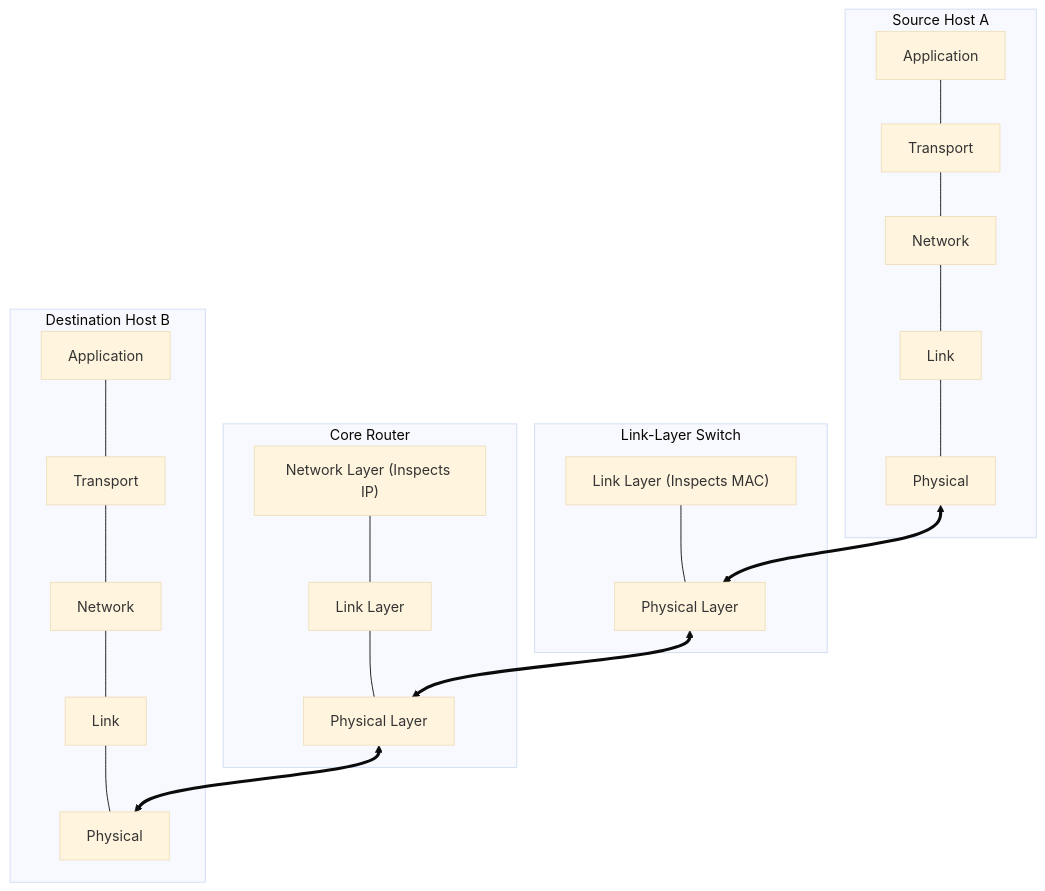
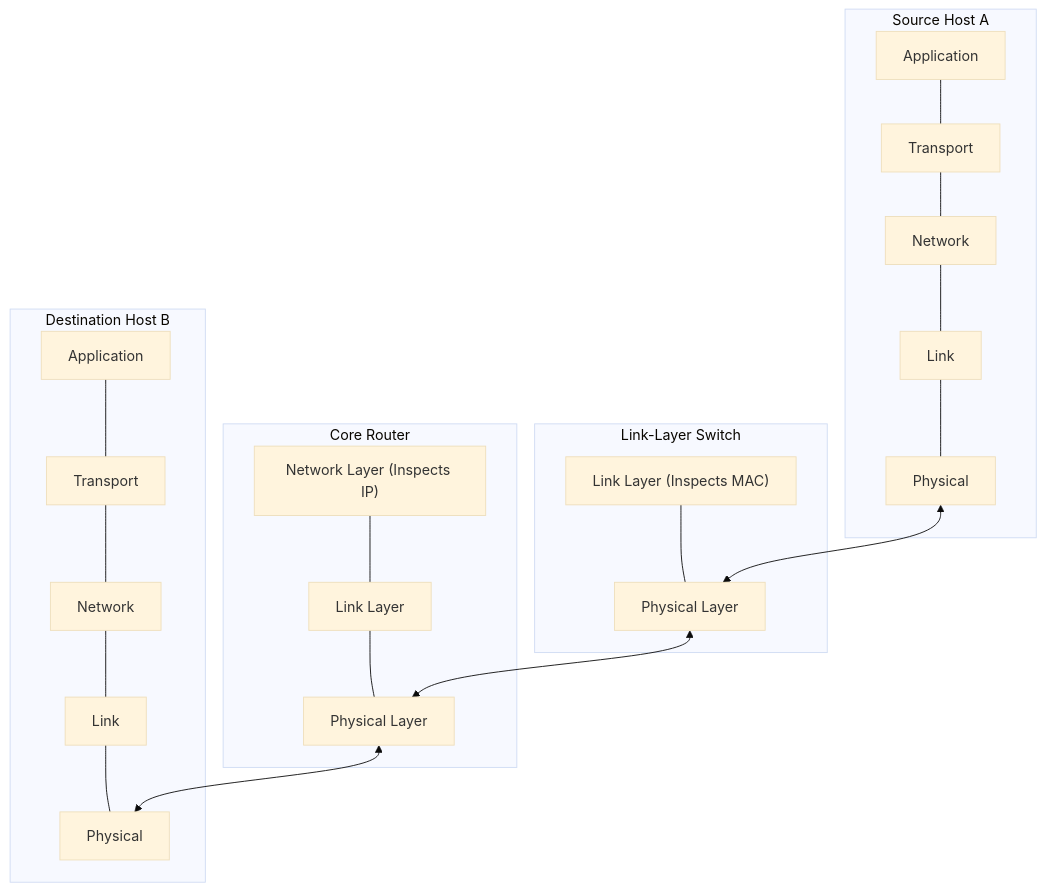
Before and after one commit to YatishGowda09/Sem-3-CSE-Notes: the fifth of 8 diagrams in CN/Unit 1/L06 - Protocol Layering and the Internet Stack.md, drawn with Mermaid (base theme). The commit also changed other lines of this file and 70 other files, not shown here.

First line of the commit message:
Fix Mermaid diagram syntax for GitHub rendering compatibility

````diff
--- a/CN/Unit 1/L06 - Protocol Layering and the Internet Stack.md
+++ b/CN/Unit 1/L06 - Protocol Layering and the Internet Stack.md
@@ -183,37 +183,37 @@
 ```mermaid
 flowchart TD
     subgraph HOST_A["Source Host A"]
         A_APP["Application"]
         A_TRANS["Transport"]
         A_NET["Network"]
         A_LINK["Link"]
         A_PHYS["Physical"]
         A_APP --- A_TRANS --- A_NET --- A_LINK --- A_PHYS
     end
 
     subgraph SWITCH["Link-Layer Switch"]
         S_LINK["Link Layer (Inspects MAC)"]
         S_PHYS["Physical Layer"]
         S_LINK --- S_PHYS
     end
 
     subgraph ROUTER["Core Router"]
         R_NET["Network Layer (Inspects IP)"]
         R_LINK["Link Layer"]
         R_PHYS["Physical Layer"]
         R_NET --- R_LINK --- R_PHYS
     end
 
     subgraph HOST_B["Destination Host B"]
         B_APP["Application"]
         B_TRANS["Transport"]
         B_NET["Network"]
         B_LINK["Link"]
         B_PHYS["Physical"]
         B_APP --- B_TRANS --- B_NET --- B_LINK --- B_PHYS
     end
 
-    A_PHYS <==> S_PHYS
-    S_PHYS <==> R_PHYS
-    R_PHYS <==> B_PHYS
+    A_PHYS <--> S_PHYS
+    S_PHYS <--> R_PHYS
+    R_PHYS <--> B_PHYS
 ```
````
